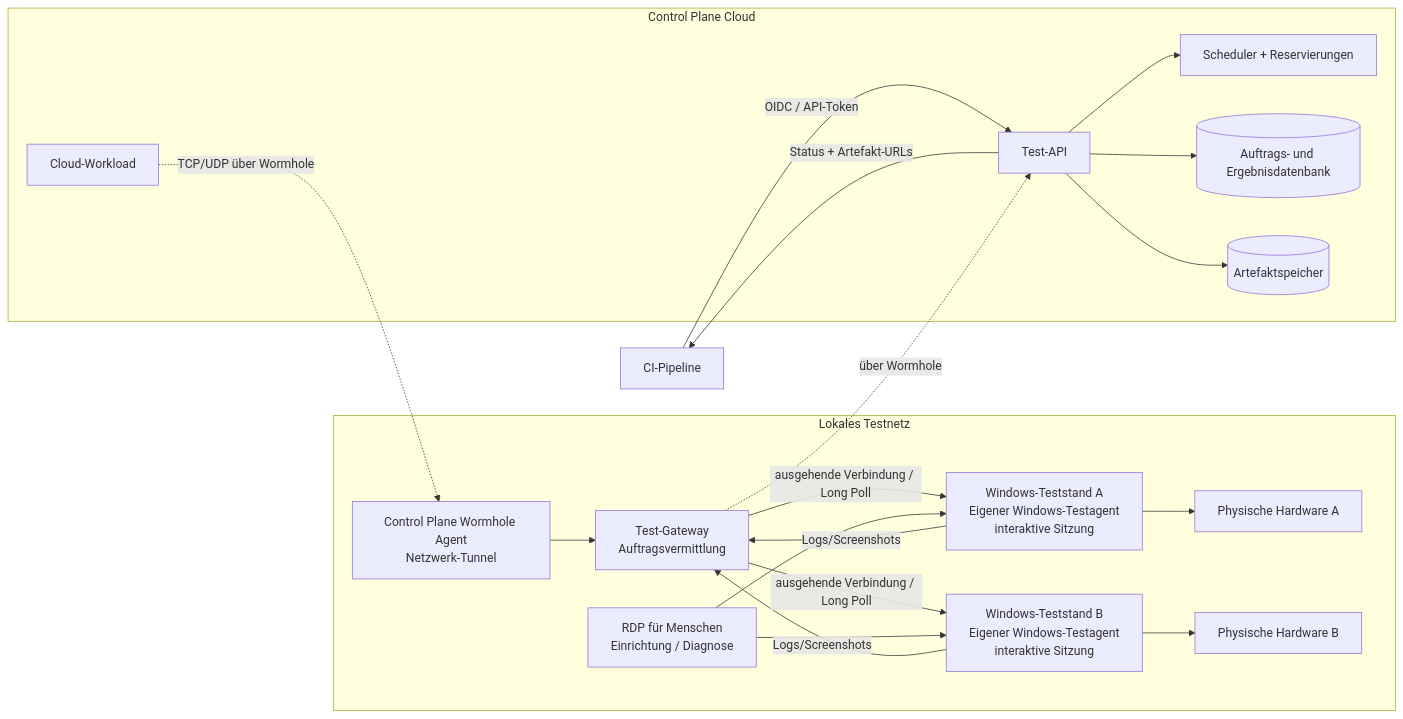
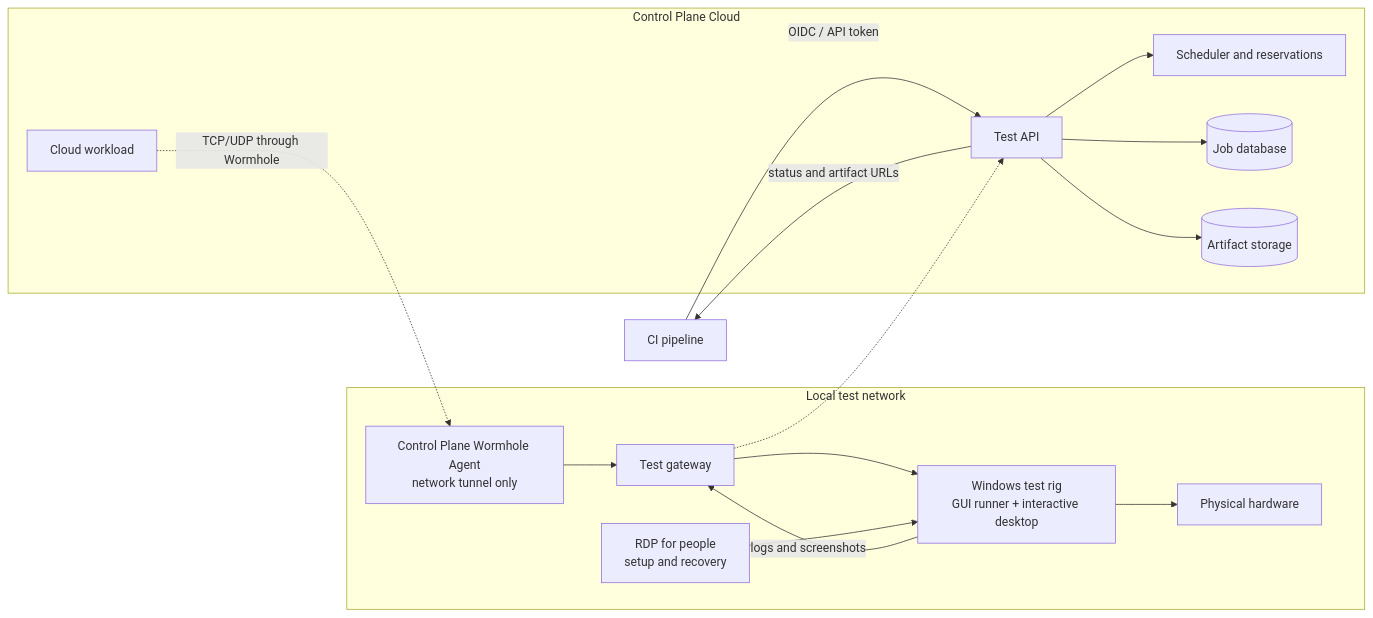
The diagram in README.md (joreichhardt/rtst-hw), drawn with Mermaid before and after one commit. The commit also changed other lines of this file and 6 other files, not shown here.

````diff
--- a/README.md
+++ b/README.md
@@ -22,38 +13,32 @@
 ```mermaid
 flowchart LR
-  CI[CI-Pipeline] -->|OIDC / API-Token| API[Test-API]
-  API --> S[Scheduler + Reservierungen]
-  API --> R[(Auftrags- und Ergebnisdatenbank)]
-  API --> A[(Artefaktspeicher)]
+  CI[CI pipeline] -->|OIDC / API token| API[Test API]
+  API --> SCH[Scheduler and reservations]
+  API --> DB[(Job database)]
+  API --> ART[(Artifact storage)]
 
-  subgraph CP[Control Plane Cloud]
+  subgraph Cloud[Control Plane Cloud]
     API
-    S
-    R
-    A
-    W[Cloud-Workload]
+    SCH
+    DB
+    ART
+    CW[Cloud workload]
   end
 
-  subgraph LAN[Lokales Testnetz]
-    WH[Control Plane Wormhole Agent\nNetzwerk-Tunnel]
-    GA[Test-Gateway\nAuftragsvermittlung]
-    WPC1[Windows-Teststand A\nEigener Windows-Testagent\ninteraktive Sitzung]
-    WPC2[Windows-Teststand B\nEigener Windows-Testagent\ninteraktive Sitzung]
-    HW1[Physische Hardware A]
-    HW2[Physische Hardware B]
-    RDP[RDP für Menschen\nEinrichtung / Diagnose]
+  subgraph LAN[Local test network]
+    WH[Control Plane Wormhole Agent\nnetwork tunnel only]
+    GW[Test gateway]
+    WIN[Windows test rig\nGUI runner + interactive desktop]
+    HW[Physical hardware]
+    RDP[RDP for people\nsetup and recovery]
   end
 
-  W -. TCP/UDP über Wormhole .-> WH
-  WH --> GA
-  GA -->|ausgehende Verbindung / Long Poll| WPC1
-  GA -->|ausgehende Verbindung / Long Poll| WPC2
-  WPC1 --> HW1
-  WPC2 --> HW2
-  RDP --> WPC1
-  RDP --> WPC2
-  WPC1 -->|Logs/Screenshots| GA
-  WPC2 -->|Logs/Screenshots| GA
-  GA -. über Wormhole .-> API
-  API -->|Status + Artefakt-URLs| CI
+  CW -. TCP/UDP through Wormhole .-> WH
+  WH --> GW
+  GW --> WIN
+  WIN --> HW
+  RDP --> WIN
+  WIN -->|logs and screenshots| GW
+  GW -.-> API
+  API -->|status and artifact URLs| CI
 ```
````
